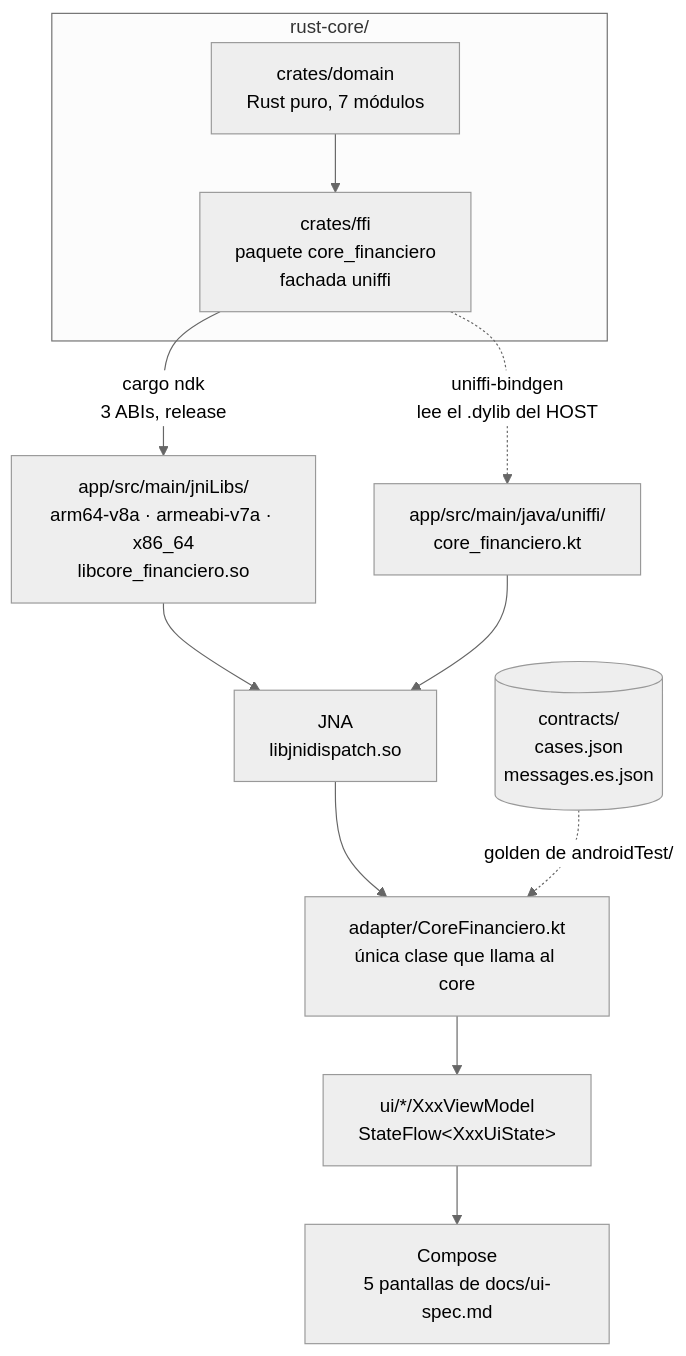
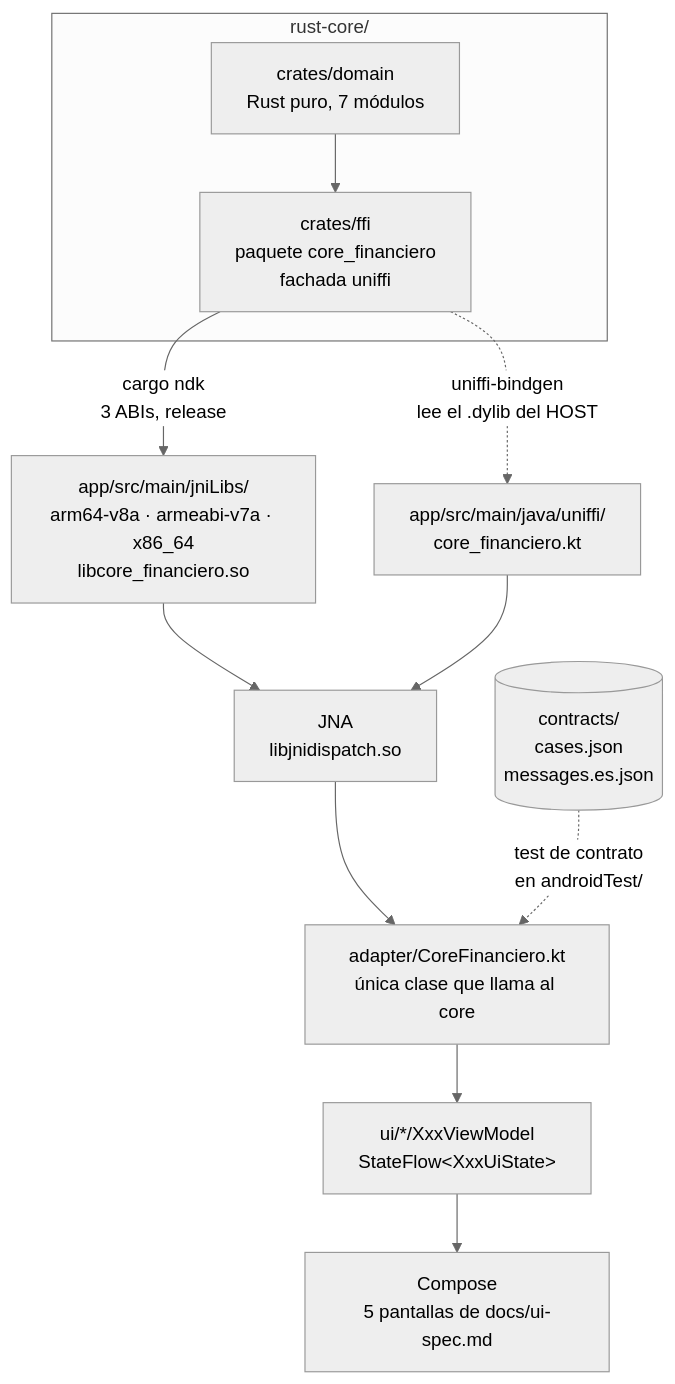
The diagram in apps/android/README.md (tohure/rust-core-cross-app), drawn with Mermaid (neutral theme) before and after one commit. The commit also changed other lines of this file and 17 other files, not shown here.

First line of the commit message:
refactor: "golden" pasa a llamarse "test de contrato"

````diff
--- a/apps/android/README.md
+++ b/apps/android/README.md
@@ -14,21 +14,21 @@
 ```mermaid
 flowchart TD
     subgraph core["rust-core/"]
         domain["crates/domain<br/>Rust puro, 7 módulos"]
         ffi["crates/ffi<br/>paquete core_financiero<br/>fachada uniffi"]
         domain --> ffi
     end
 
     ffi -->|"cargo ndk<br/>3 ABIs, release"| so["app/src/main/jniLibs/<br/>arm64-v8a · armeabi-v7a · x86_64<br/>libcore_financiero.so"]
     ffi -.->|"uniffi-bindgen<br/>lee el .dylib del HOST"| kt["app/src/main/java/uniffi/<br/>core_financiero.kt"]
 
     so --> jna["JNA<br/>libjnidispatch.so"]
     kt --> jna
     jna --> adapter["adapter/CoreFinanciero.kt<br/>única clase que llama al core"]
     adapter --> vm["ui/*/XxxViewModel<br/>StateFlow&lt;XxxUiState&gt;"]
     vm --> screens["Compose<br/>5 pantallas de docs/ui-spec.md"]
 
     contrato[("contracts/<br/>cases.json<br/>messages.es.json")]
-    contrato -.->|"golden de androidTest/"| adapter
+    contrato -.->|"test de contrato<br/>en androidTest/"| adapter
 
 ```
````
